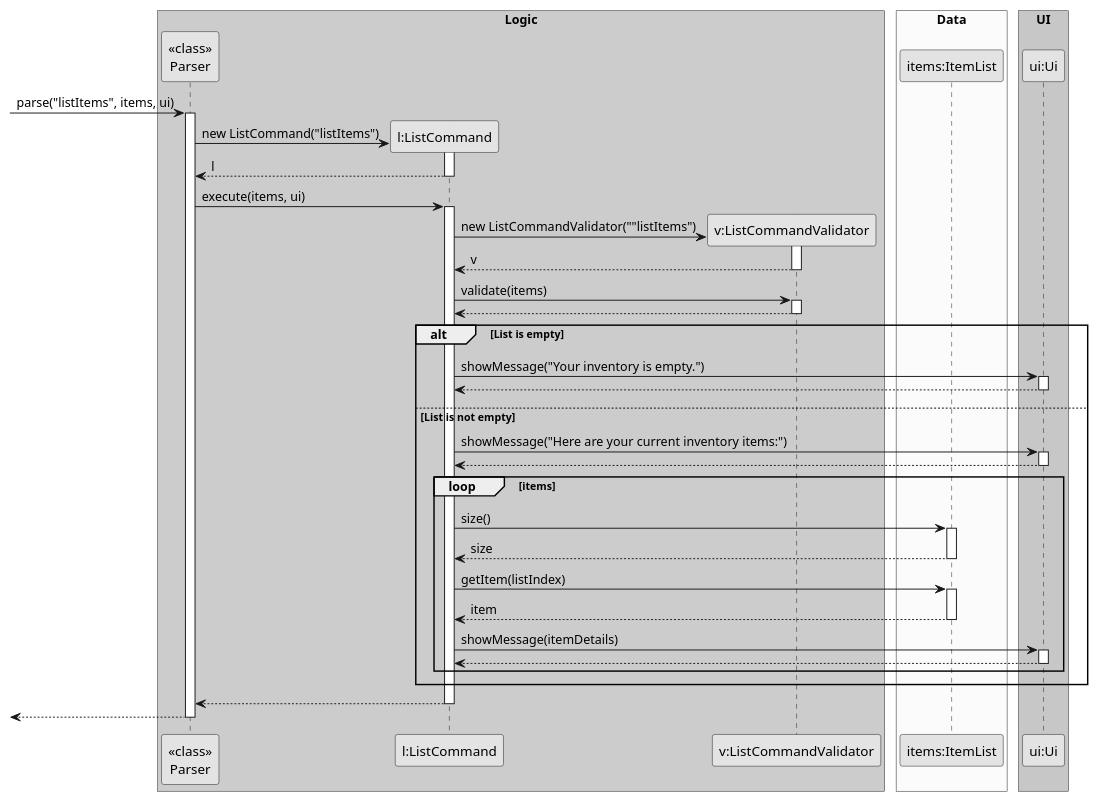
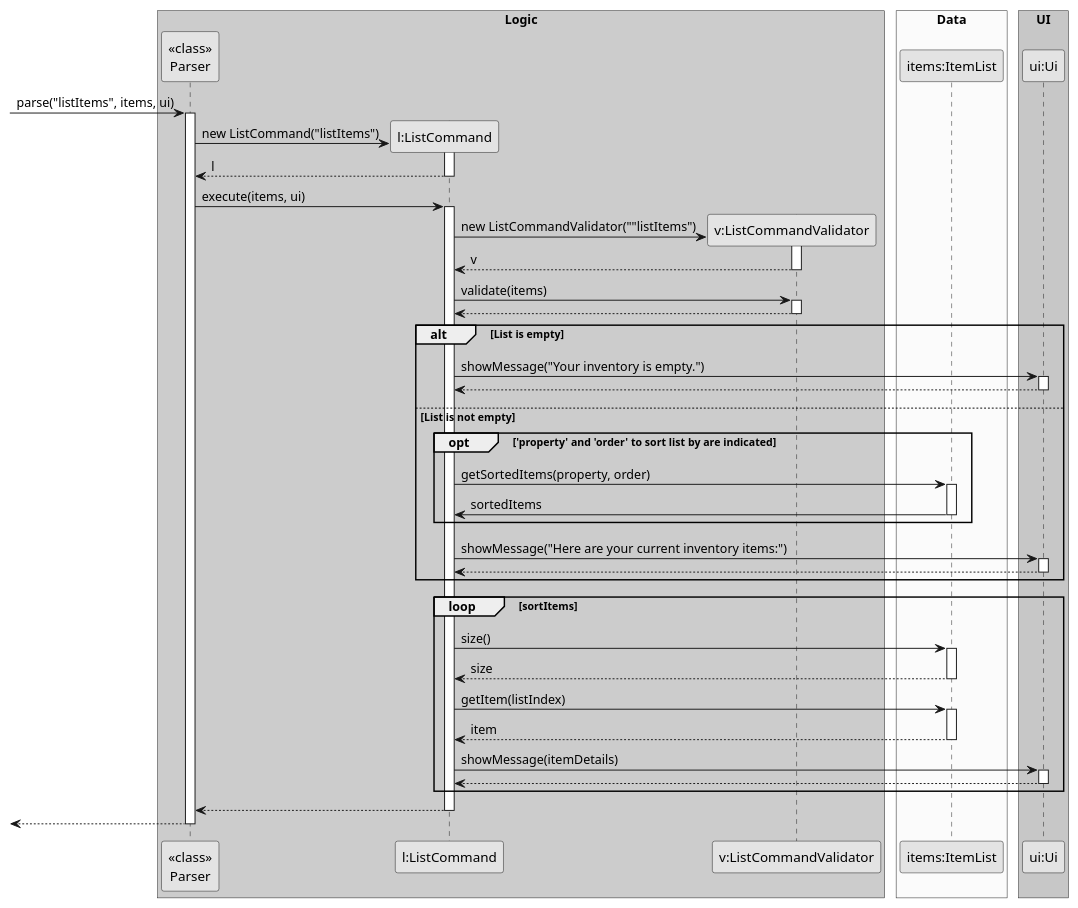
One commit to adbsw/tp changed the diagram in docs/diagrams/ListCommandSequenceDiagram.puml. Above: the diagram before and after it, drawn with PlantUML. The commit also changed 6 other files, not shown here.

```diff
--- a/docs/diagrams/ListCommandSequenceDiagram.puml
+++ b/docs/diagrams/ListCommandSequenceDiagram.puml
@@ -1,78 +1,83 @@
 @startuml
 !pragma teoz true
 skinparam monochrome true
 skinparam shadowing false
 
 box "Logic" #LightBlue
 participant "<<class>>\nParser" as Parser
 participant "l:ListCommand" as ListCommand
 participant "v:ListCommandValidator" as ListCommandValidator
 end box
 
 box "Data" #LightYellow
 participant "items:ItemList" as ItemList
 end box
 
 box "UI" #LightGreen
 participant "ui:Ui" as Ui
 end box
 
 -> Parser : parse("listItems", items, ui)
 activate Parser
 
 create ListCommand
 Parser -> ListCommand : new ListCommand("listItems")
 activate ListCommand
 ListCommand --> Parser : l
 deactivate ListCommand
 
 Parser -> ListCommand : execute(items, ui)
 activate ListCommand
 
 create ListCommandValidator
 ListCommand -> ListCommandValidator : new ListCommandValidator(""listItems")
 activate ListCommandValidator
 ListCommandValidator --> ListCommand : v
 deactivate ListCommandValidator
 
 ListCommand -> ListCommandValidator : validate(items)
 activate ListCommandValidator
 ListCommandValidator --> ListCommand
 deactivate ListCommandValidator
 
 alt List is empty
     ListCommand -> Ui : showMessage("Your inventory is empty.")
     activate Ui
     Ui --> ListCommand
     deactivate Ui
 else List is not empty
+    opt 'property' and 'order' to sort list by are indicated
+        ListCommand -> ItemList : getSortedItems(property, order)
+        activate ItemList
+        ItemList -> ListCommand : sortedItems
+        deactivate ItemList
+    end
     ListCommand -> Ui : showMessage("Here are your current inventory items:")
     activate Ui
     Ui --> ListCommand
     deactivate Ui
+end
+loop sortItems
+    ListCommand -> ItemList : size()
+    activate ItemList
+    ItemList --> ListCommand : size
+    deactivate ItemList
 
-    loop items
-        ListCommand -> ItemList : size()
-        activate ItemList
-        ItemList --> ListCommand : size
-        deactivate ItemList
+    ListCommand -> ItemList : getItem(listIndex)
+    activate ItemList
+    ItemList --> ListCommand : item
+    deactivate ItemList
 
-        ListCommand -> ItemList : getItem(listIndex)
-        activate ItemList
-        ItemList --> ListCommand : item
-        deactivate ItemList
-
-        ListCommand -> Ui : showMessage(itemDetails)
-        activate Ui
-        Ui --> ListCommand
-        deactivate Ui
-    end
+    ListCommand -> Ui : showMessage(itemDetails)
+    activate Ui
+    Ui --> ListCommand
+    deactivate Ui
 end
 
 ListCommand --> Parser
 deactivate ListCommand
 
 <-- Parser
 deactivate Parser
 
 @enduml
```
